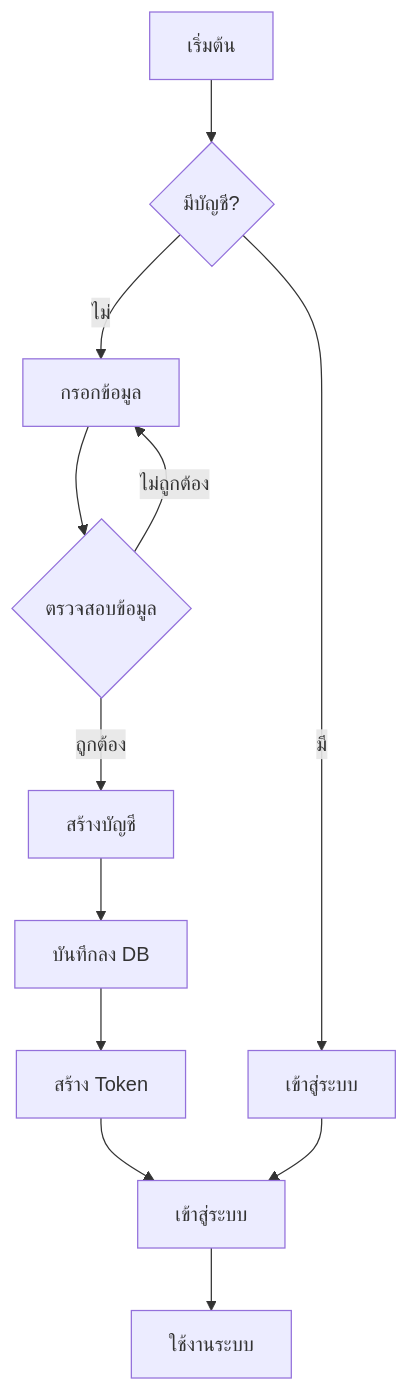
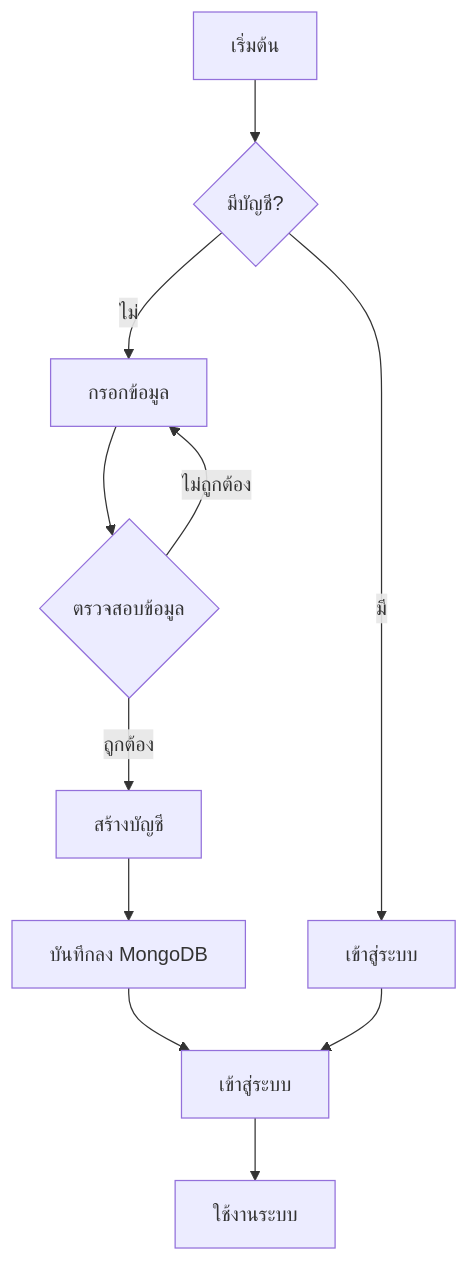
Before and after one commit to Phattarapong26/PowerAiChat_LLM: the third of 20 diagrams in docs/diagrams.md, drawn with Mermaid. The commit also changed other lines of this file, not shown here.

````diff
--- a/docs/diagrams.md
+++ b/docs/diagrams.md
@@ -61,14 +70,13 @@
 ```mermaid
 graph TD
     A[เริ่มต้น] --> B{มีบัญชี?}
     B -->|ไม่| C[กรอกข้อมูล]
     B -->|มี| D[เข้าสู่ระบบ]
     C --> E{ตรวจสอบข้อมูล}
     E -->|ไม่ถูกต้อง| C
     E -->|ถูกต้อง| F[สร้างบัญชี]
-    F --> G[บันทึกลง DB]
-    G --> H[สร้าง Token]
-    H --> I[เข้าสู่ระบบ]
-    D --> I
-    I --> J[ใช้งานระบบ]
+    F --> G[บันทึกลง MongoDB]
+    G --> H[เข้าสู่ระบบ]
+    D --> H
+    H --> I[ใช้งานระบบ]
 ```
````
